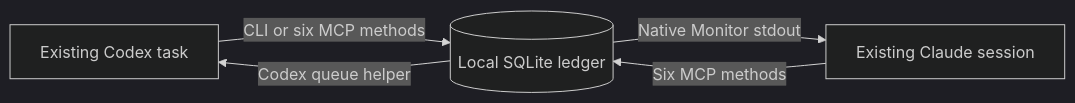
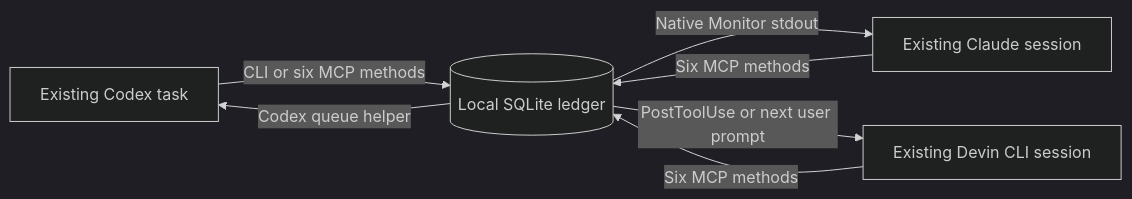
Before and after one commit to ItamarRocha/session-bridge: the diagram in docs/architecture.md, drawn with Mermaid (dark theme). The commit also changed other lines of this file and 38 other files, not shown here.

Commit message:
Add experimental Devin CLI session support

````diff
--- a/docs/architecture.md
+++ b/docs/architecture.md
@@ -7,7 +7,9 @@
 ```mermaid
 flowchart LR
   C[Existing Codex task] -->|CLI or six MCP methods| L[(Local SQLite ledger)]
   A[Existing Claude session] -->|Six MCP methods| L
+  D[Existing Devin CLI session] -->|Six MCP methods| L
   L -->|Codex queue helper| C
   L -->|Native Monitor stdout| A
+  L -->|PostToolUse or next user prompt| D
 ```
````
